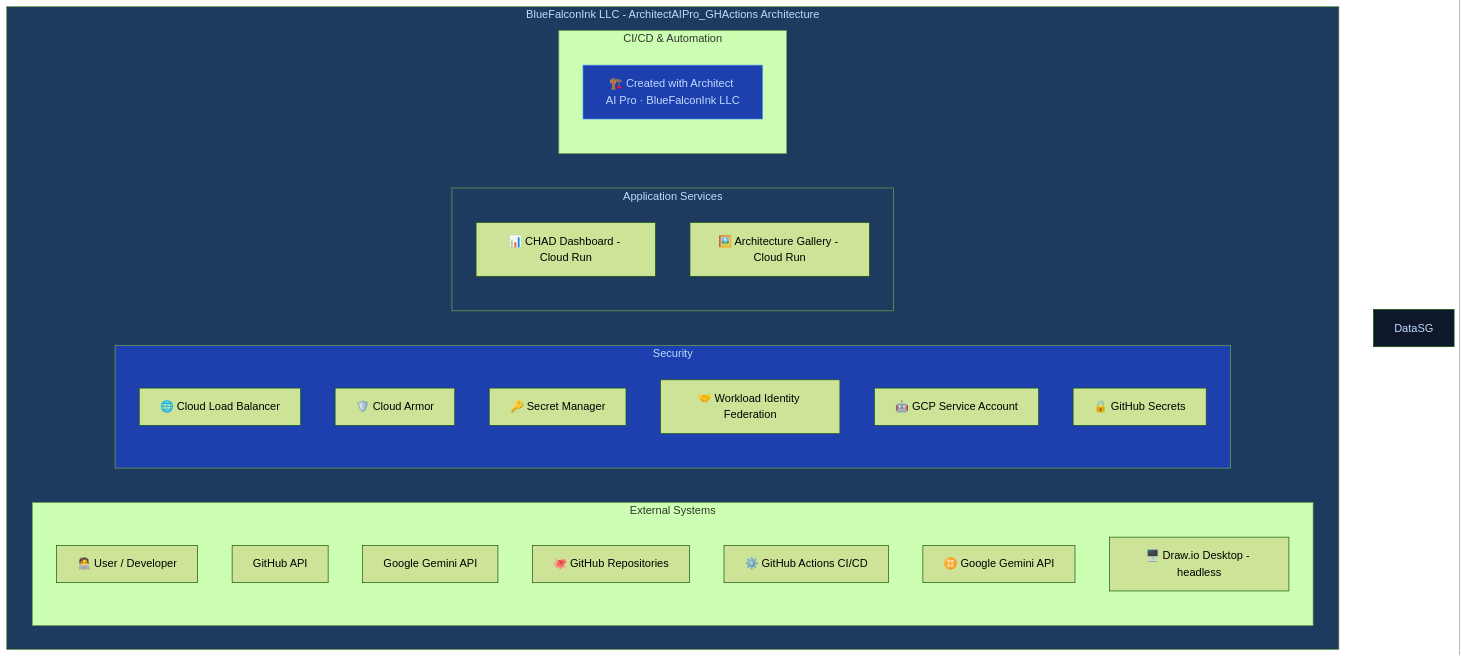
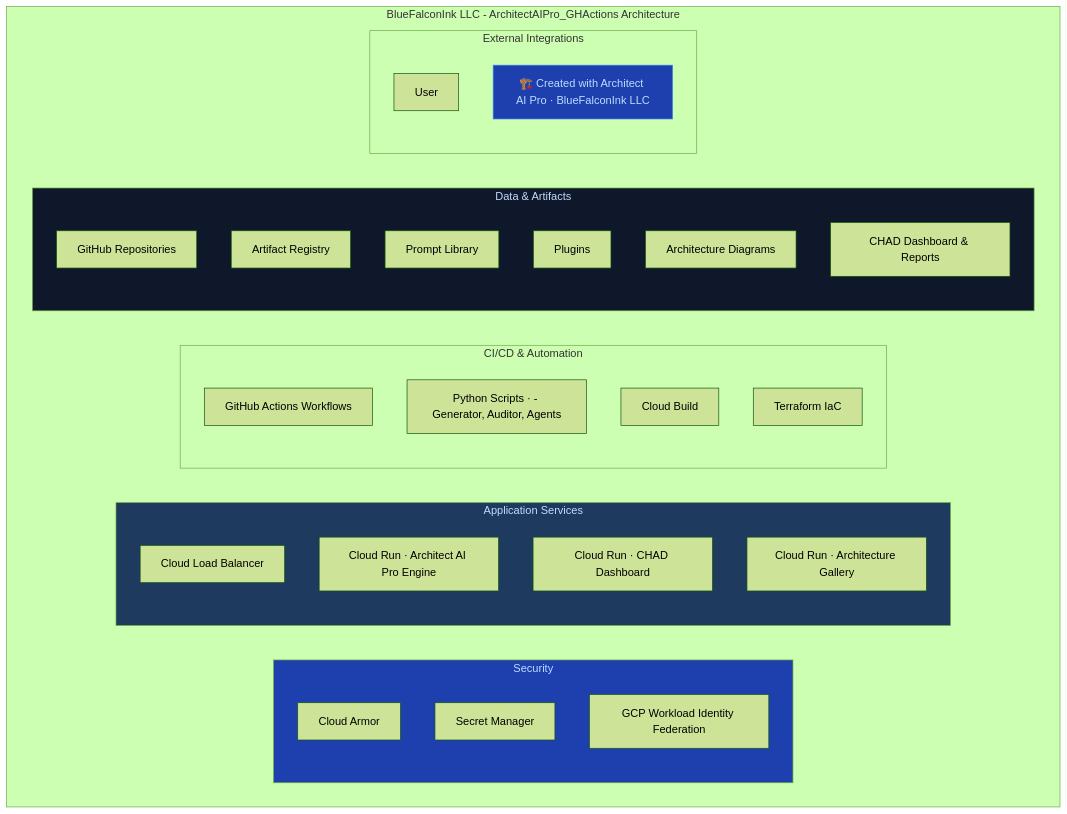
One commit to koreric75/ArchitectAIPro_GHActions changed the diagram in docs/architecture.md. Above: the diagram before and after it, drawn with Mermaid (forest theme). The commit also changed other lines of this file and 3 other files, not shown here.

Commit message:
docs: auto-update architecture diagram via Architect AI Pro [skip ci]

````diff
--- a/docs/architecture.md
+++ b/docs/architecture.md
@@ -17,47 +17,44 @@
 ```mermaid
 %% Generated by Architect AI Pro | BlueFalconInk LLC
 %% https://architect-ai-pro-mobile-edition-484078543321.us-west1.run.app/
 graph TD
-    subgraph ExternalSG [External Systems]
-        User[User/Developer]
-        GitHubAPI[GitHub API]
-        GoogleGemini[Google Gemini API]
-    end
-
     subgraph BFI_Arch [BlueFalconInk LLC - ArchitectAIPro_GHActions Architecture]
-        subgraph ExternalSG [External Systems]
-            User[🧑‍💻 User / Developer]
-            GitHubRepo[🐙 GitHub Repositories]
-            GitHubActions[⚙️ GitHub Actions CI/CD]
-            GoogleGeminiAPI[♊ Google Gemini API]
-            DrawioDesktop[🖥️ Draw.io Desktop - headless]
-        end
-
         subgraph SecuritySG [Security]
-            style SecuritySG fill:#1E40AF,color:#BFDBFE
-            CloudLoadBalancer[🌐 Cloud Load Balancer]
-            CloudArmor[🛡️ Cloud Armor]
-            SecretManager[🔑 Secret Manager]
-            WIF[🤝 Workload Identity Federation]
-            GCPServiceAccount[🤖 GCP Service Account]
-            GitHubSecrets[🔒 GitHub Secrets]
+            CloudArmor[Cloud Armor]
+            SecretMan[Secret Manager]
+            GCP_WIF[GCP Workload Identity Federation]
         end
 
         subgraph ApplicationSG [Application Services]
-            style ApplicationSG fill:#1E3A5F,color:#BFDBFE
-            CHADDashboard[📊 CHAD Dashboard - Cloud Run]
-            ArchGallery[🖼️ Architecture Gallery - Cloud Run]
+            CLB[Cloud Load Balancer]
+            CR_ArchitectAI[Cloud Run · Architect AI Pro Engine]
+            CR_CHAD[Cloud Run · CHAD Dashboard]
+            CR_Gallery[Cloud Run · Architecture Gallery]
         end
 
-        subgraph CI_CD_DevOpsSG [CI/CD & Automation]
-    FOOTER[🏗️ Created with Architect AI Pro · BlueFalconInk LLC]
+        subgraph DevOpsSG [CI/CD & Automation]
+            GHActions[GitHub Actions Workflows]
+            PyScripts[Python Scripts · - Generator, Auditor, Agents]
+            CloudBuild[Cloud Build]
+            Terraform[Terraform IaC]
+        end
 
-    %% Styling
+        subgraph DataSG [Data & Artifacts]
+            GitHub[GitHub Repositories]
+            ArtifactReg[Artifact Registry]
+            PromptLib[Prompt Library]
+            Plugins[Plugins]
+            ArchDiagrams[Architecture Diagrams]
+            CHAD_Outputs[CHAD Dashboard & Reports]
+        end
+
+        subgraph ExternalSG [External Integrations]
+            User
     style SecuritySG fill:#1E40AF,color:#BFDBFE
     style ApplicationSG fill:#1E3A5F,color:#BFDBFE
     style DataSG fill:#0F172A,color:#BFDBFE
-    style BFI_Arch fill:#1E3A5F,color:#BFDBFE
+    FOOTER[🏗️ Created with Architect AI Pro · BlueFalconInk LLC]
     style FOOTER fill:#1E40AF,color:#BFDBFE,stroke:#3B82F6
     end
     end
 ```
````
